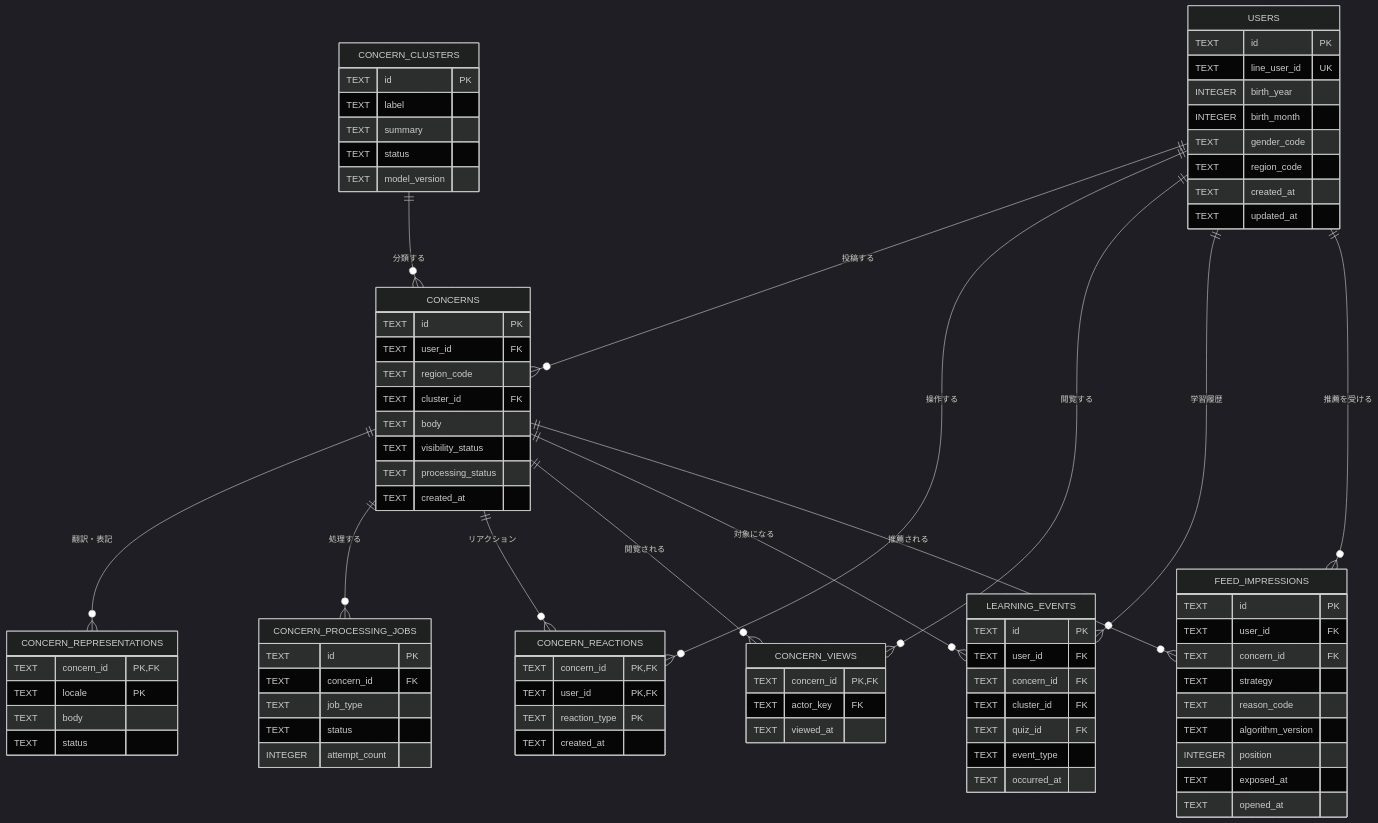
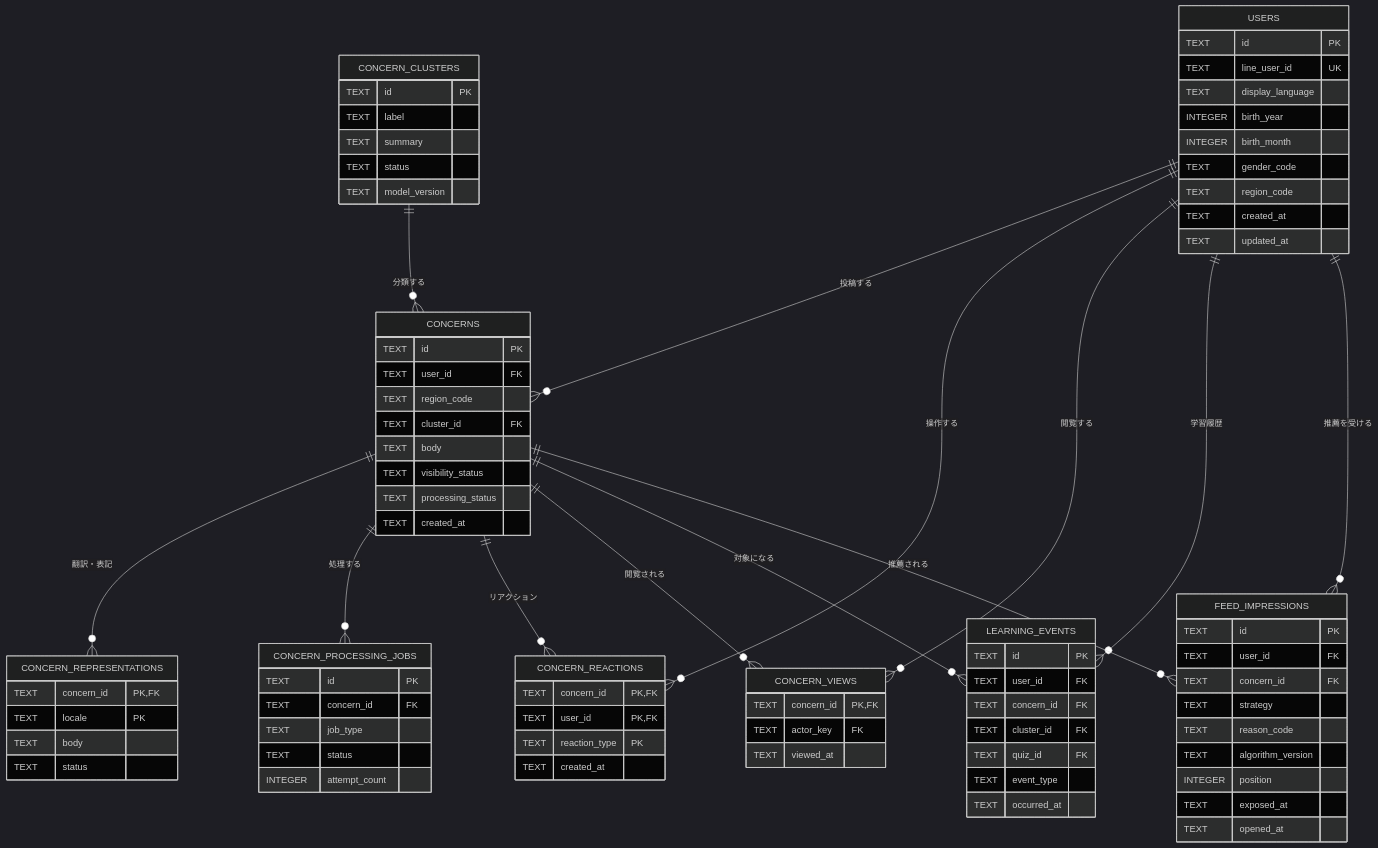
Before and after one commit to Digix00/58-Hackathon-202609: the first of 3 diagrams in docs/technical/database.md, drawn with Mermaid (dark theme). The commit also changed other lines of this file and 26 other files, not shown here.

```diff
--- a/docs/technical/database.md
+++ b/docs/technical/database.md
@@ -75,6 +75,7 @@
   USERS {
     TEXT id PK
     TEXT line_user_id UK
+    TEXT display_language
     INTEGER birth_year
     INTEGER birth_month
     TEXT gender_code
```
